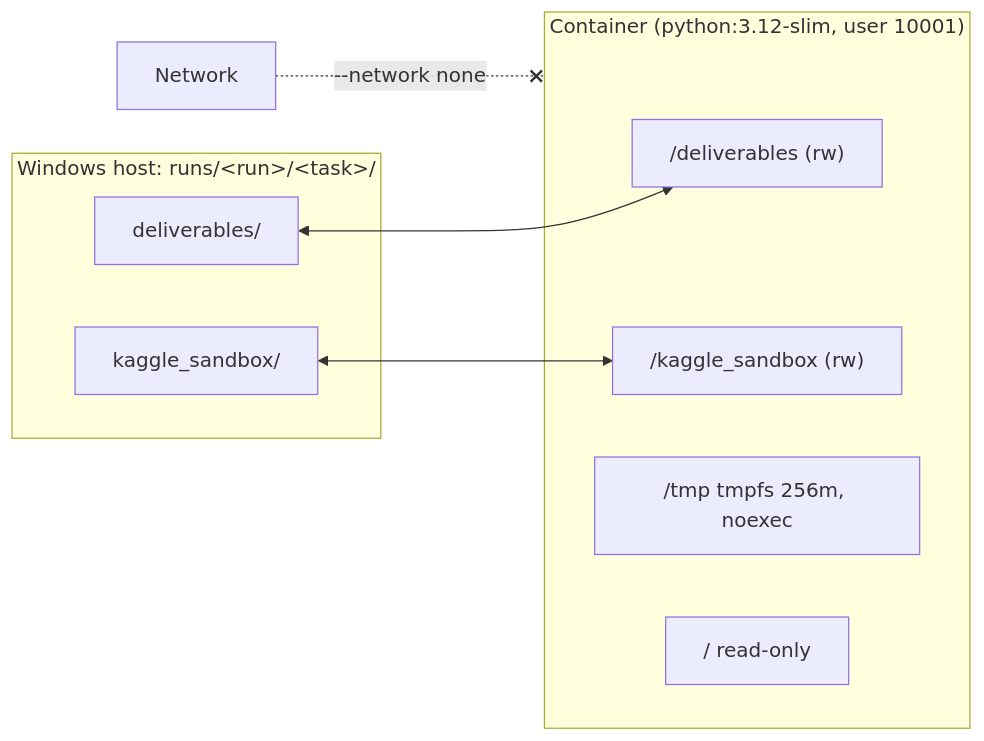
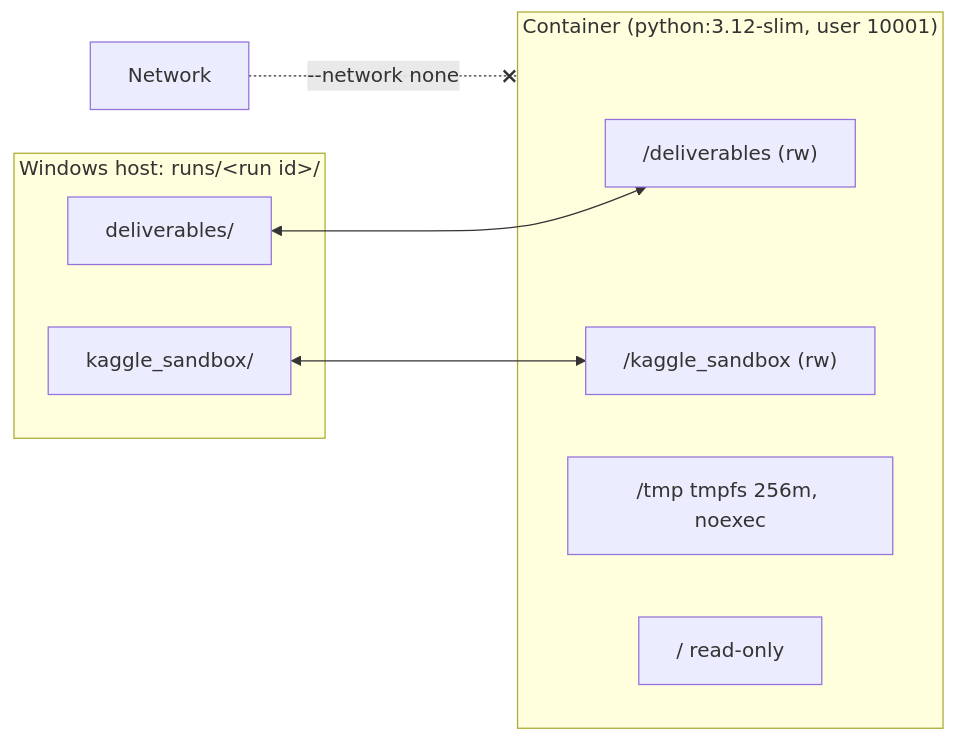
One commit to NBTailee/agent-harness changed the eighth of 8 diagrams in README.md. Above: the diagram before and after it, drawn with Mermaid. The commit also changed other lines of this file and 28 other files, not shown here.

````diff
--- a/README.md
+++ b/README.md
@@ -281,16 +310,16 @@
 ```mermaid
 flowchart LR
-    subgraph Host["Windows host: runs/&lt;run&gt;/&lt;task&gt;/"]
+    subgraph Host["Windows host: runs/&lt;run id&gt;/"]
         D["deliverables/"]
         K["kaggle_sandbox/"]
     end
     subgraph C["Container (python:3.12-slim, user 10001)"]
         CD["/deliverables (rw)"]
         CK["/kaggle_sandbox (rw)"]
         Tmp["/tmp tmpfs 256m, noexec"]
         Root["/ read-only"]
     end
     D <--> CD
     K <--> CK
     Net["Network"] -. "--network none" .-x C
 ```
````
